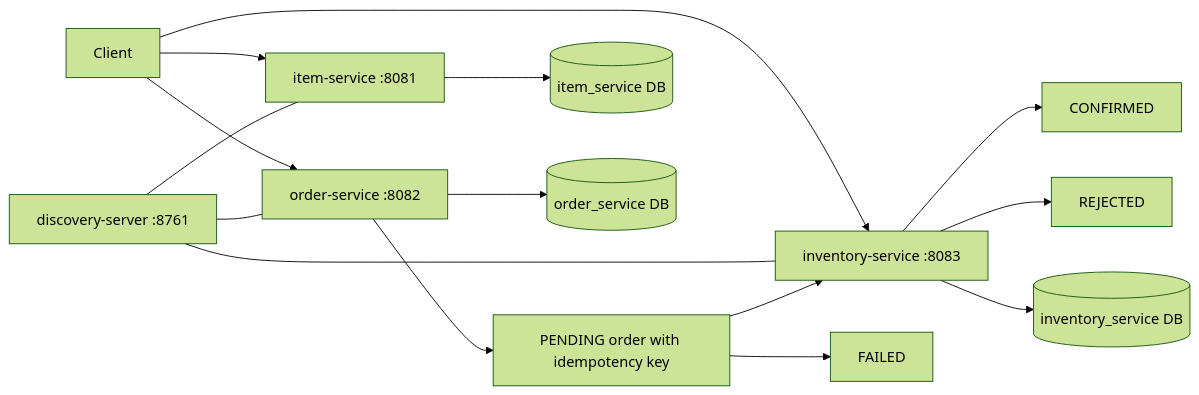
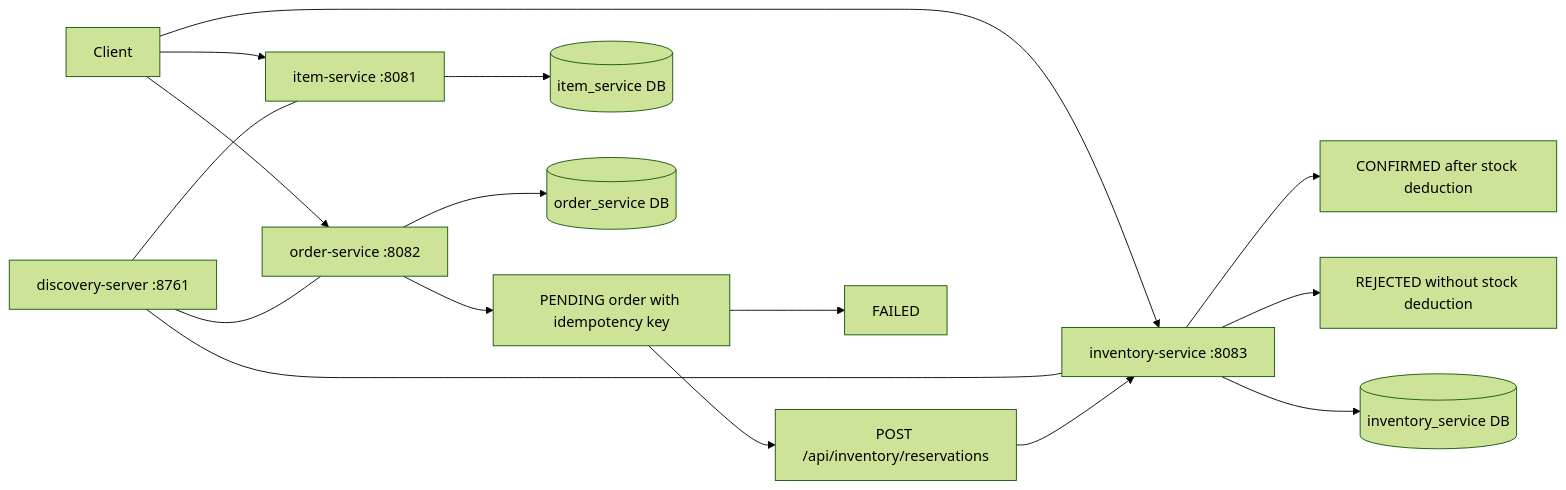
The diagram in README.md (byte2code/cnkart), drawn with Mermaid (forest theme) before and after one commit. The commit also changed other lines of this file and 14 other files, not shown here.

Commit message:
Add inventory reservation flow

````diff
--- a/README.md
+++ b/README.md
@@ -188,19 +215,20 @@
 ```mermaid
 flowchart LR
     Client[Client] --> Order["order-service :8082"]
     Client --> Item["item-service :8081"]
     Client --> Inventory["inventory-service :8083"]
 
     Discovery["discovery-server :8761"] --- Item
     Discovery --- Inventory
     Discovery --- Order
 
     Order --> Pending["PENDING order with idempotency key"]
-    Pending --> Inventory
-    Inventory --> Confirmed["CONFIRMED"]
-    Inventory --> Rejected["REJECTED"]
+    Pending --> Reservation["POST /api/inventory/reservations"]
+    Reservation --> Inventory
+    Inventory --> Confirmed["CONFIRMED after stock deduction"]
+    Inventory --> Rejected["REJECTED without stock deduction"]
     Pending --> Failed["FAILED"]
     Item --> ItemDB[(item_service DB)]
     Inventory --> InvDB[(inventory_service DB)]
     Order --> OrderDB[(order_service DB)]
 ```
````
